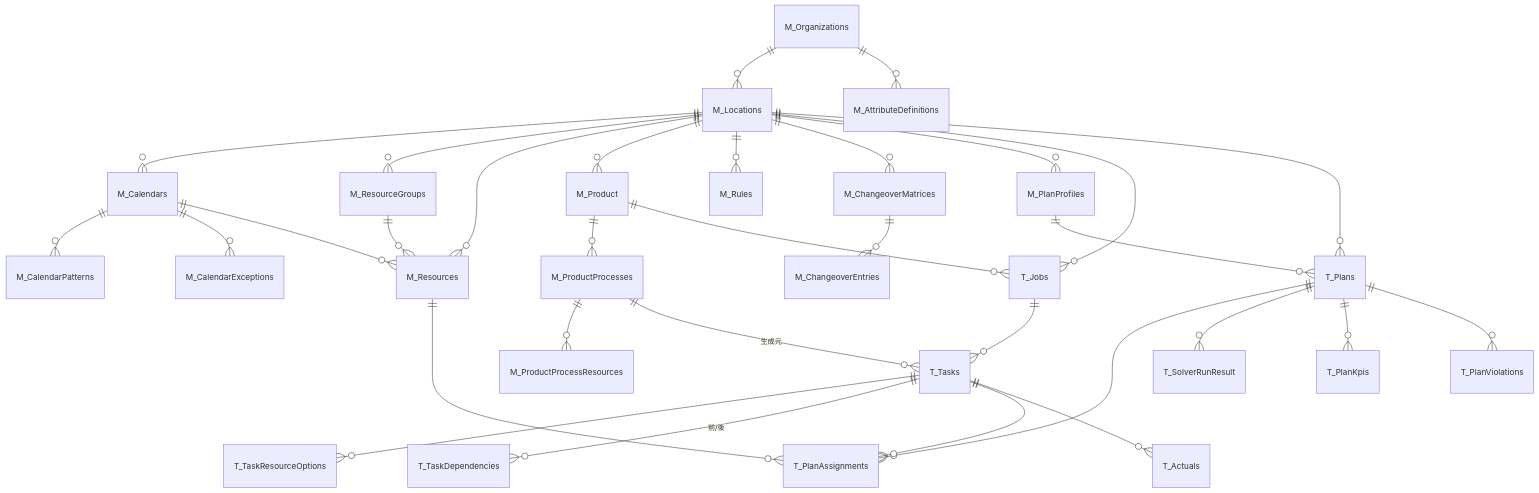
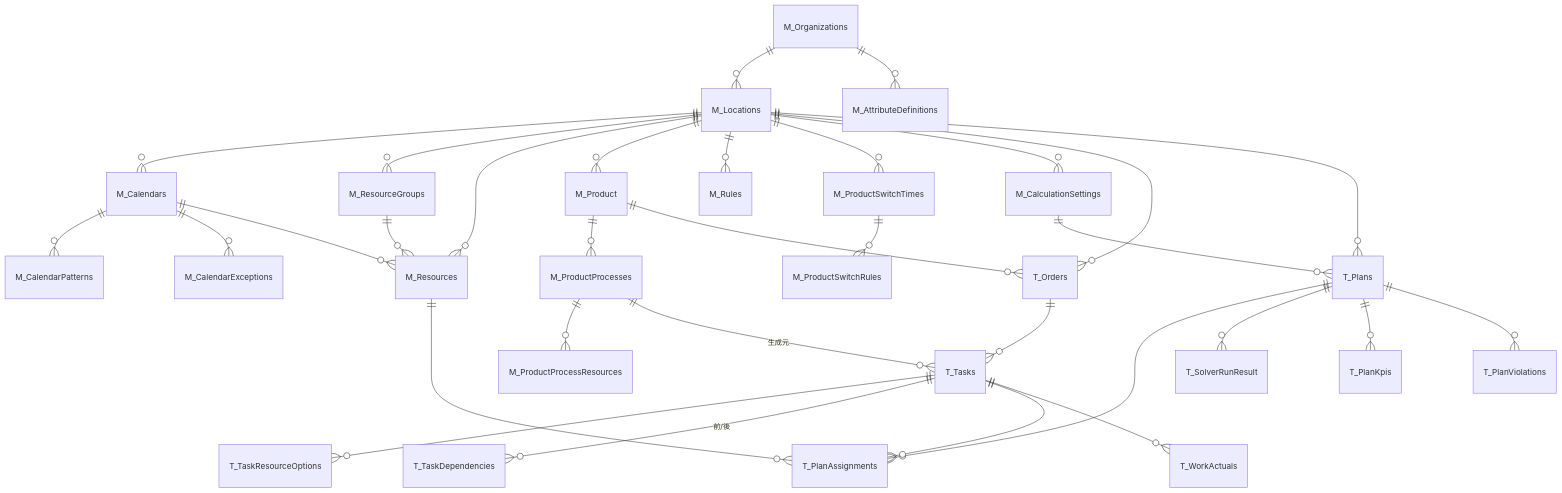
Before and after one commit to tds-dev/TONOPS-SCH-backend: the fourth of 4 diagrams in docs/SYSTEM_OVERVIEW.md, drawn with Mermaid. The commit also changed other lines of this file and 30 other files, not shown here.

````diff
--- a/docs/SYSTEM_OVERVIEW.md
+++ b/docs/SYSTEM_OVERVIEW.md
@@ -280,34 +282,34 @@
 ```mermaid
 erDiagram
   M_Organizations ||--o{ M_Locations : ""
   M_Organizations ||--o{ M_AttributeDefinitions : ""
   M_Locations ||--o{ M_Calendars : ""
   M_Calendars ||--o{ M_CalendarPatterns : ""
   M_Calendars ||--o{ M_CalendarExceptions : ""
   M_Locations ||--o{ M_ResourceGroups : ""
   M_Locations ||--o{ M_Resources : ""
   M_ResourceGroups ||--o{ M_Resources : ""
   M_Calendars ||--o{ M_Resources : ""
   M_Locations ||--o{ M_Product : ""
   M_Product ||--o{ M_ProductProcesses : ""
   M_ProductProcesses ||--o{ M_ProductProcessResources : ""
   M_Locations ||--o{ M_Rules : ""
-  M_Locations ||--o{ M_ChangeoverMatrices : ""
-  M_ChangeoverMatrices ||--o{ M_ChangeoverEntries : ""
-  M_Locations ||--o{ M_PlanProfiles : ""
-  M_Locations ||--o{ T_Jobs : ""
-  M_Product ||--o{ T_Jobs : ""
-  T_Jobs ||--o{ T_Tasks : ""
+  M_Locations ||--o{ M_ProductSwitchTimes : ""
+  M_ProductSwitchTimes ||--o{ M_ProductSwitchRules : ""
+  M_Locations ||--o{ M_CalculationSettings : ""
+  M_Locations ||--o{ T_Orders : ""
+  M_Product ||--o{ T_Orders : ""
+  T_Orders ||--o{ T_Tasks : ""
   M_ProductProcesses ||--o{ T_Tasks : "生成元"
   T_Tasks ||--o{ T_TaskResourceOptions : ""
   T_Tasks ||--o{ T_TaskDependencies : "前/後"
   M_Locations ||--o{ T_Plans : ""
-  M_PlanProfiles ||--o{ T_Plans : ""
+  M_CalculationSettings ||--o{ T_Plans : ""
   T_Plans ||--o{ T_PlanAssignments : ""
   T_Tasks ||--o{ T_PlanAssignments : ""
   M_Resources ||--o{ T_PlanAssignments : ""
   T_Plans ||--o{ T_SolverRunResult : ""
   T_Plans ||--o{ T_PlanKpis : ""
   T_Plans ||--o{ T_PlanViolations : ""
-  T_Tasks ||--o{ T_Actuals : ""
+  T_Tasks ||--o{ T_WorkActuals : ""
 ```
````
